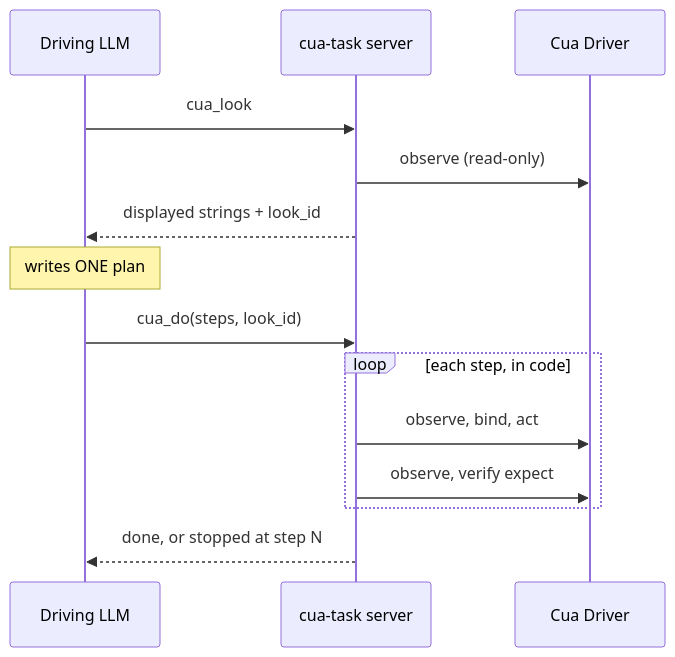
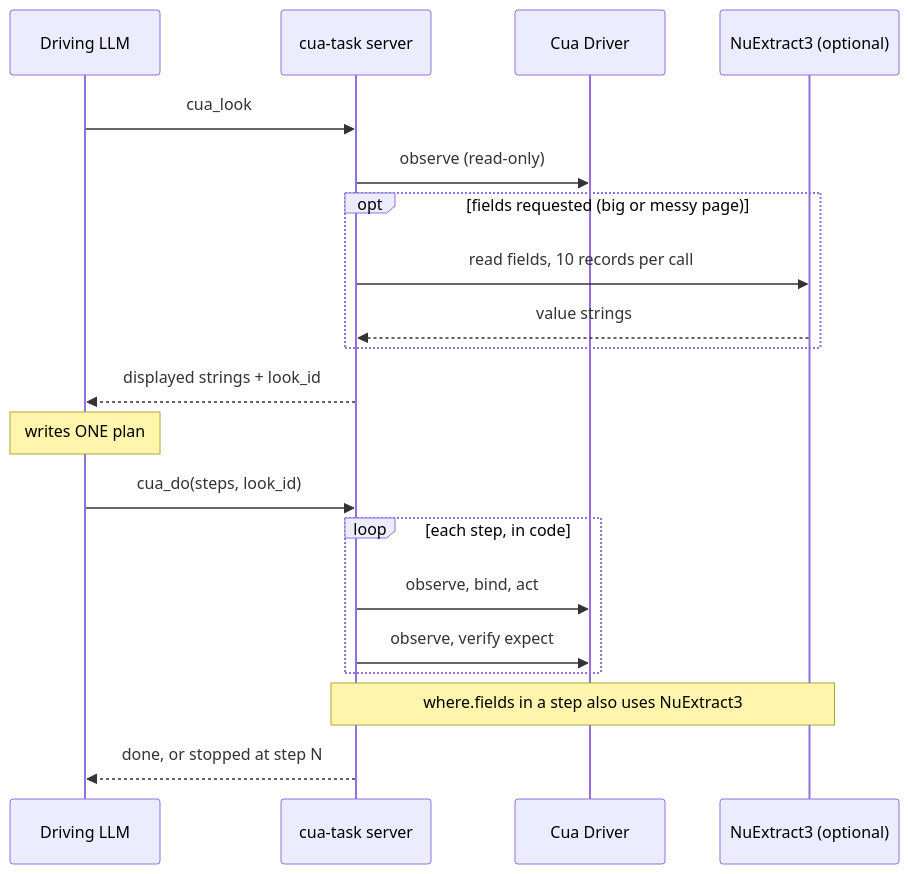
Before and after one commit to open-horizon-labs/computer-use: the diagram in README.md, drawn with Mermaid.

Commit message:
docs(readme): show optional NuExtract3 in the slim diagram

````diff
--- a/README.md
+++ b/README.md
@@ -35,16 +35,22 @@
 ```mermaid
 sequenceDiagram
     participant L as Driving LLM
     participant S as cua-task server
     participant D as Cua Driver
+    participant N as NuExtract3 (optional)
     L->>S: cua_look
     S->>D: observe (read-only)
+    opt fields requested (big or messy page)
+        S->>N: read fields, 10 records per call
+        N-->>S: value strings
+    end
     S-->>L: displayed strings + look_id
     Note over L: writes ONE plan
     L->>S: cua_do(steps, look_id)
     loop each step, in code
         S->>D: observe, bind, act
         S->>D: observe, verify expect
     end
+    Note over S,N: where.fields in a step also uses NuExtract3
     S-->>L: done, or stopped at step N
 ```
````
